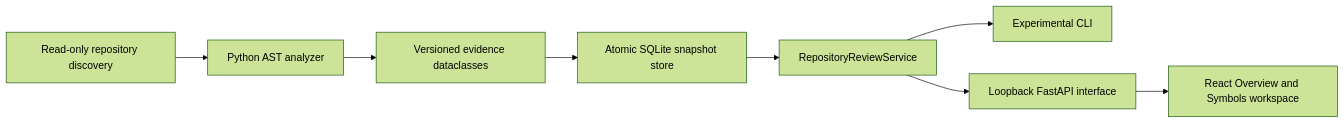
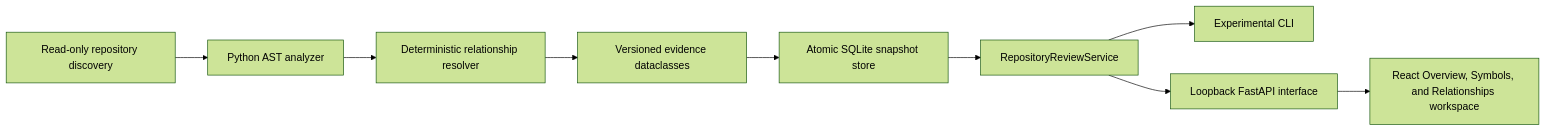
Before and after one commit to Nobodyworld/dev-logger-zscripts: the diagram in docs/architecture.md, drawn with Mermaid (forest theme). The commit also changed other lines of this file and 45 other files, not shown here.

First line of the commit message:
feat: add focused repository relationship exploration (#93)

````diff
--- a/docs/architecture.md
+++ b/docs/architecture.md
@@ -31,10 +31,11 @@
 ```mermaid
 flowchart LR
     A["Read-only repository discovery"] --> B["Python AST analyzer"]
-    B --> C["Versioned evidence dataclasses"]
-    C --> D["Atomic SQLite snapshot store"]
-    D --> E["RepositoryReviewService"]
-    E --> F["Experimental CLI"]
-    E --> G["Loopback FastAPI interface"]
-    G --> H["React Overview and Symbols workspace"]
+    B --> C["Deterministic relationship resolver"]
+    C --> D["Versioned evidence dataclasses"]
+    D --> E["Atomic SQLite snapshot store"]
+    E --> F["RepositoryReviewService"]
+    F --> G["Experimental CLI"]
+    F --> H["Loopback FastAPI interface"]
+    H --> I["React Overview, Symbols, and Relationships workspace"]
 ```
````
